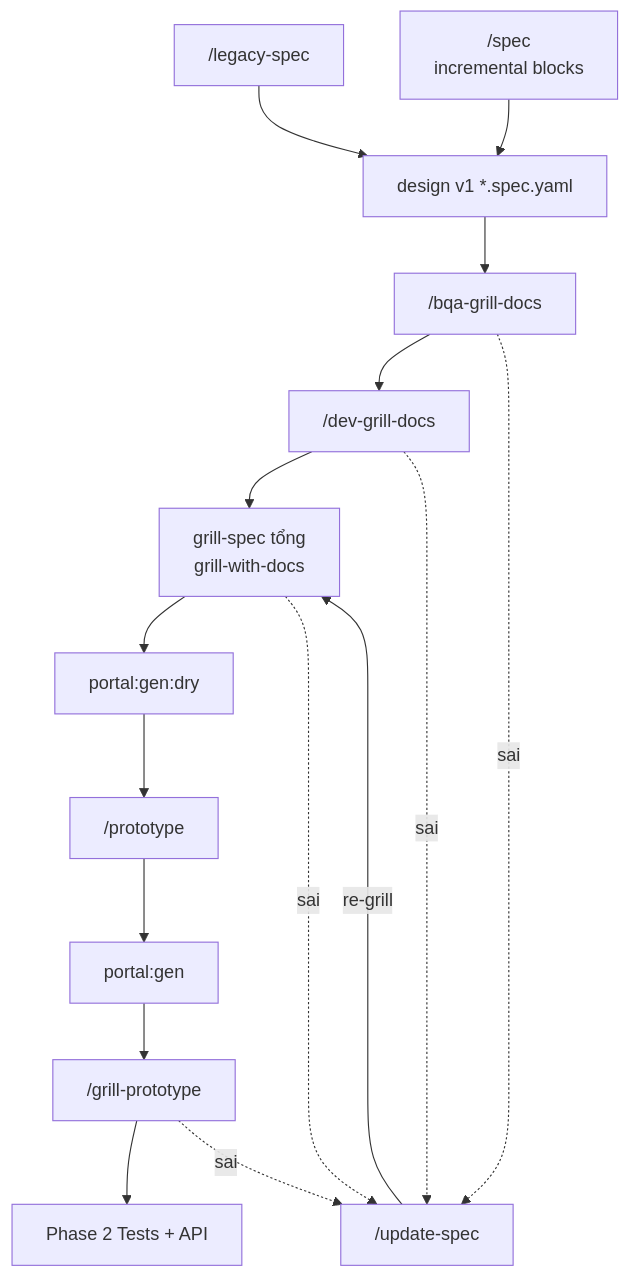
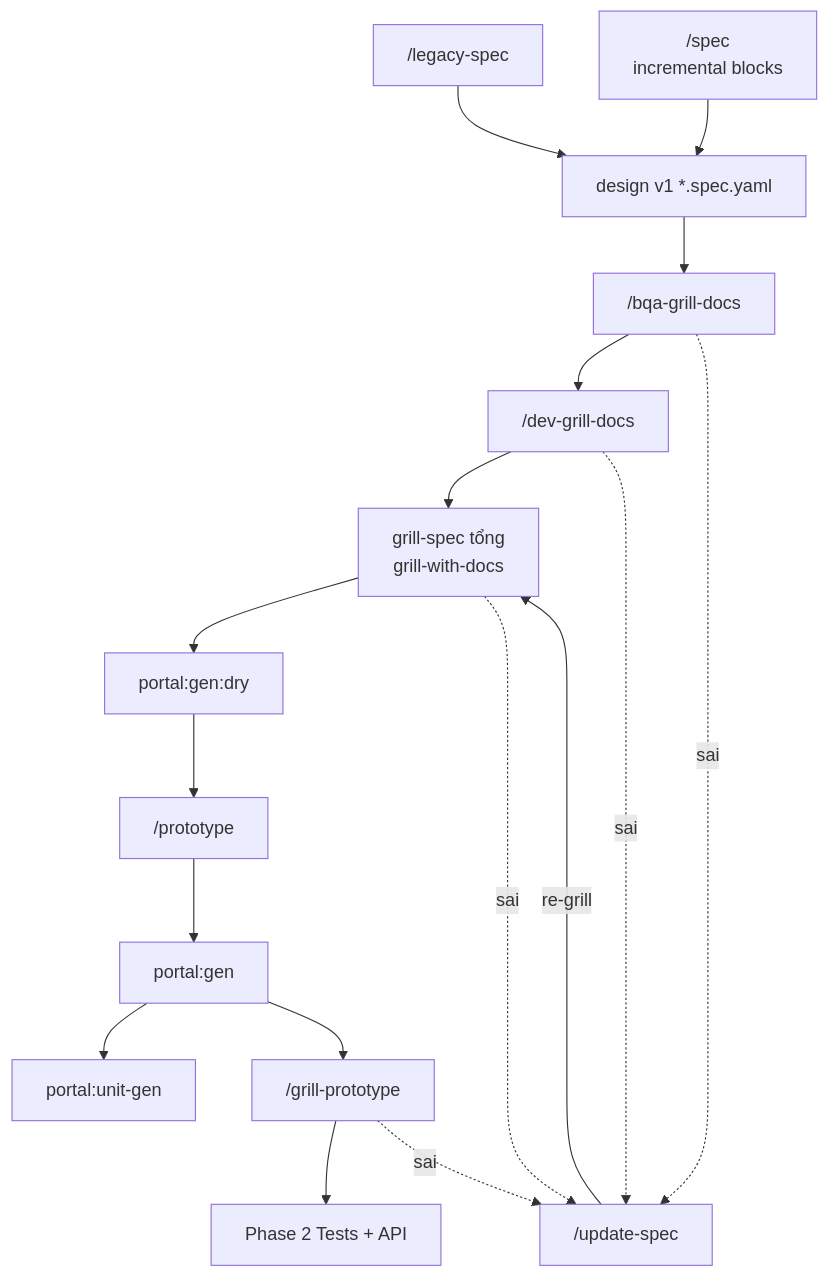
The diagram in docs/operational/DESIGN-PHASE-DIAGRAM.md (raintr91/next_nest), drawn with Mermaid before and after one commit. The commit also changed other lines of this file and 210 other files, not shown here.

````diff
--- a/docs/operational/DESIGN-PHASE-DIAGRAM.md
+++ b/docs/operational/DESIGN-PHASE-DIAGRAM.md
@@ -9,19 +9,20 @@
 ```mermaid
 flowchart TD
   LEG["/legacy-spec"] --> V1["design v1 *.spec.yaml"]
   SPEC["/spec\nincremental blocks"] --> V1
   V1 --> BQA["/bqa-grill-docs"]
   BQA --> DEV["/dev-grill-docs"]
   DEV --> GS["grill-spec tổng\ngrill-with-docs"]
   GS --> DRY["portal:gen:dry"]
   DRY --> PR["/prototype"]
   PR --> GEN["portal:gen"]
+  GEN --> UGEN["portal:unit-gen"]
   GEN --> GP["/grill-prototype"]
   GP --> OUT["Phase 2 Tests + API"]
   US["/update-spec"]
   BQA -.->|sai| US
   DEV -.->|sai| US
   GS -.->|sai| US
   GP -.->|sai| US
   US -->|re-grill| GS
 ```
````
